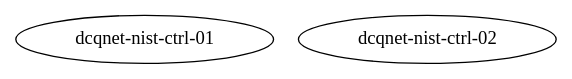
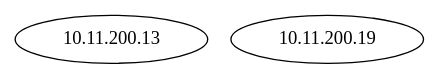
One commit to amlabdr/ip-service changed the diagram in ipconfig-microservice/config/network_targets.dot. Above: the diagram before and after it, drawn with Graphviz. The commit also changed 9 other files, not shown here.

```diff
--- a/ipconfig-microservice/config/network_targets.dot
+++ b/ipconfig-microservice/config/network_targets.dot
@@ -1,4 +1,4 @@
 graph pni_network {
-   "dcqnet-nist-ctrl-01" [function="dcqnet-ctrl"  os="ocnos" mgmt_ip="10.11.200.13" ports="54" username="ocnos" password="ocnos"]
-   "dcqnet-nist-ctrl-02" [function="dcqnet-ctrl"  os="ocnos" mgmt_ip="10.11.200.19" ports="54" username="ocnos" password="ocnos"]
+   "10.11.200.13" [function="dcqnet-ctrl"  os="ocnos" mgmt_ip="10.11.200.13" ports="54" username="ocnos" password="ocnos"]
+   "10.11.200.19" [function="dcqnet-ctrl"  os="ocnos" mgmt_ip="10.11.200.19" ports="54" username="ocnos" password="ocnos"]
 }
```
